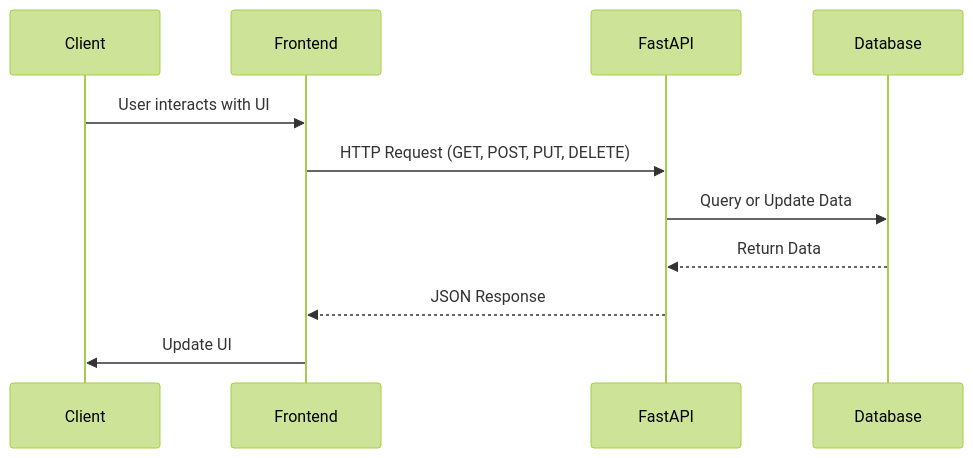
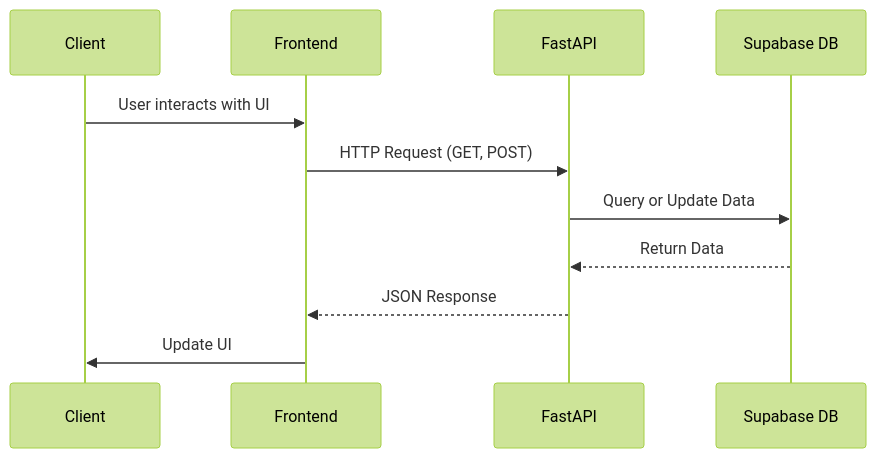
The diagram in python/learning_fastapi/README.md (gongahkia/the-sandbox), drawn with Mermaid (forest theme) before and after one commit. The commit also changed other lines of this file and 6 other files, not shown here.

````diff
--- a/python/learning_fastapi/README.md
+++ b/python/learning_fastapi/README.md
@@ -14,14 +17,14 @@
 ```mermaid
 sequenceDiagram
     participant Client
     participant Frontend
     participant FastAPI
-    participant Database
+    participant Supabase DB
 
     Client->>Frontend: User interacts with UI
-    Frontend->>FastAPI: HTTP Request (GET, POST, PUT, DELETE)
-    FastAPI->>Database: Query or Update Data
-    Database-->>FastAPI: Return Data
+    Frontend->>FastAPI: HTTP Request (GET, POST)
+    FastAPI->>Supabase DB: Query or Update Data
+    Supabase DB-->>FastAPI: Return Data
     FastAPI-->>Frontend: JSON Response
     Frontend->>Client: Update UI
 ```
````
